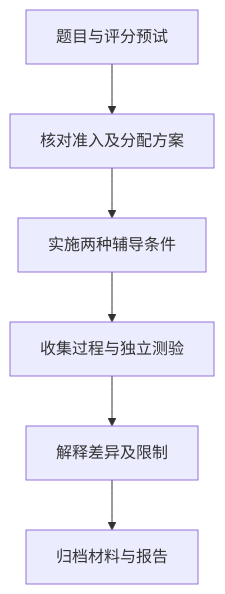
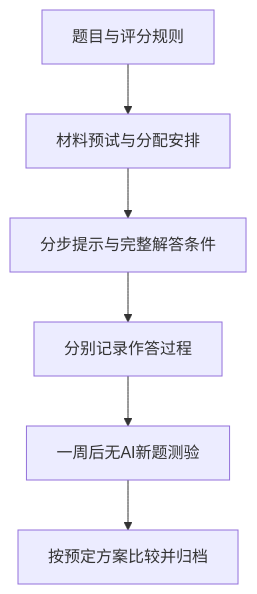
Before and after one commit to RuthlessCreature/University-Agent: the diagram in training/section-10/grant-packet/output/route.mmd, drawn with Mermaid. The commit also changed 78 other files, not shown here.

```diff
--- a/training/section-10/grant-packet/output/route.mmd
+++ b/training/section-10/grant-packet/output/route.mmd
@@ -1,12 +1,12 @@
 flowchart TD
-  S0["题目与评分预试"]
-  S1["核对准入及分配方案"]
-  S2["实施两种辅导条件"]
-  S3["收集过程与独立测验"]
-  S4["解释差异及限制"]
-  S5["归档材料与报告"]
+  S0["题目与评分规则"]
+  S1["材料预试与分配安排"]
+  S2["分步提示与完整解答条件"]
+  S3["分别记录作答过程"]
+  S4["一周后无AI新题测验"]
+  S5["按预定方案比较并归档"]
   S0 --> S1
   S1 --> S2
   S2 --> S3
   S3 --> S4
   S4 --> S5
```
